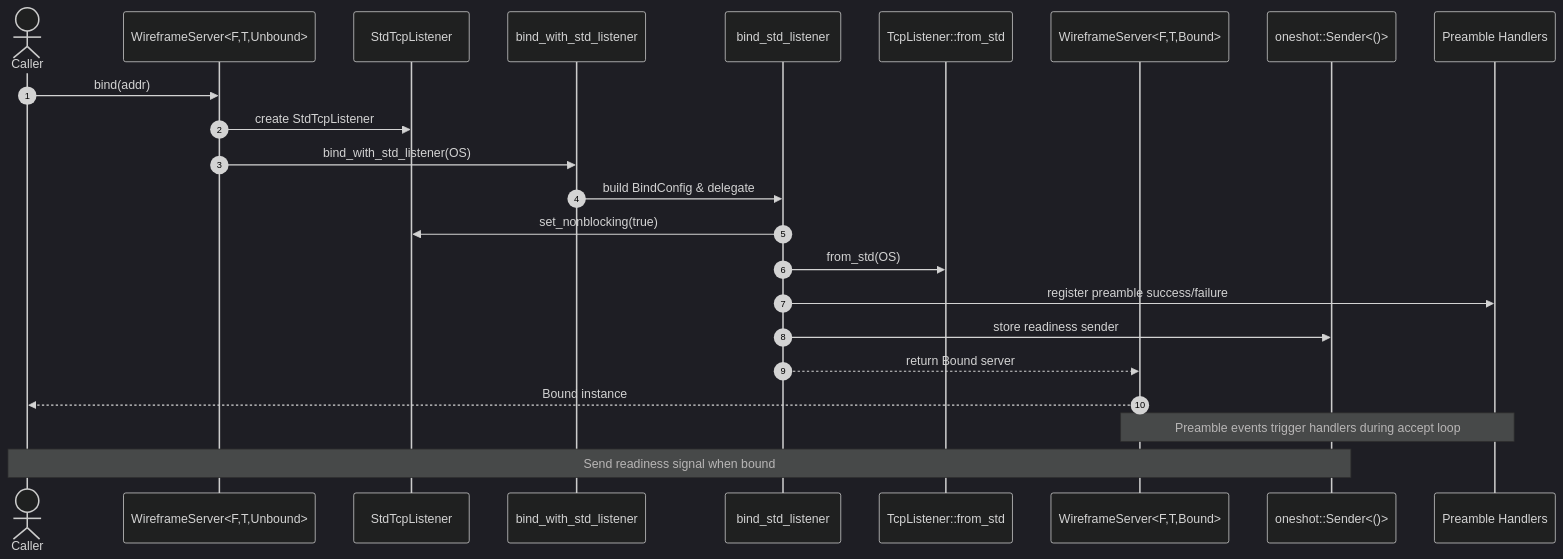
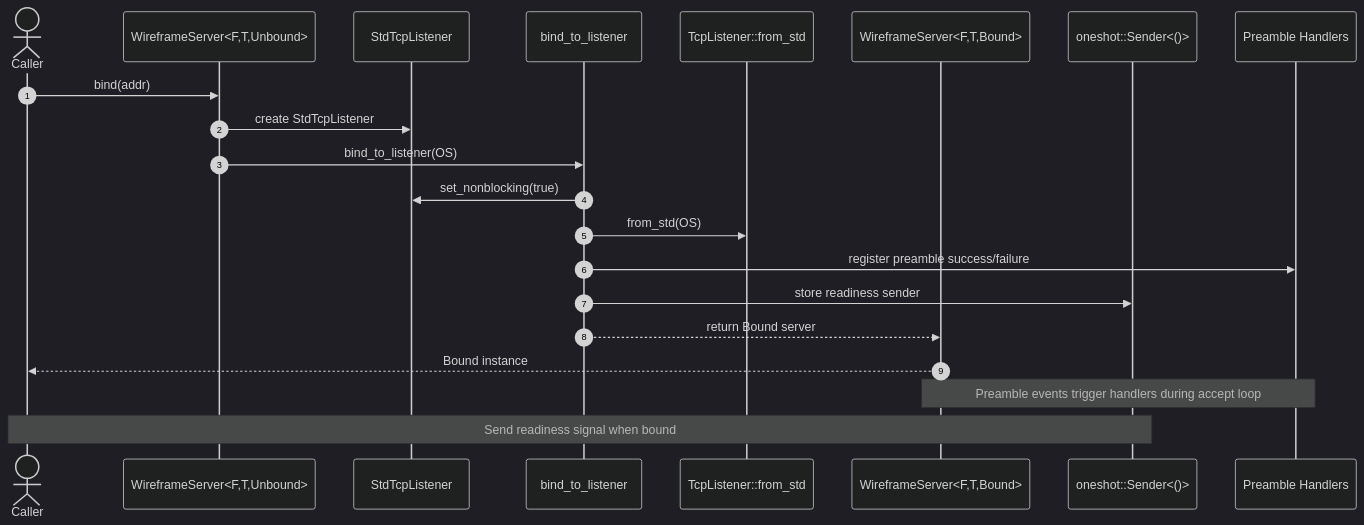
Before and after one commit to leynos/wireframe: the diagram in docs/server/configuration.md, drawn with Mermaid (dark theme). The commit also changed 1 other file, not shown here.

Commit message:
Inline listener binding helper

````diff
--- a/docs/server/configuration.md
+++ b/docs/server/configuration.md
@@ -25,27 +25,25 @@
 ```mermaid
 sequenceDiagram
   autonumber
   actor Caller
   participant WS as WireframeServer<F,T,Unbound>
   participant OS as StdTcpListener
-  participant Helper as bind_with_std_listener
-  participant Bind as bind_std_listener
+  participant Helper as bind_to_listener
   participant Tokio as TcpListener::from_std
   participant WSB as WireframeServer<F,T,Bound>
   participant Ready as oneshot::Sender<()>
   participant Hooks as Preamble Handlers
 
   Caller->>WS: bind(addr)
   WS->>OS: create StdTcpListener
-  WS->>Helper: bind_with_std_listener(OS)
-  Helper->>Bind: build BindConfig & delegate
-  Bind->>OS: set_nonblocking(true)
-  Bind->>Tokio: from_std(OS)
-  Bind->>Hooks: register preamble success/failure
-  Bind->>Ready: store readiness sender
-  Bind-->>WSB: return Bound server
+  WS->>Helper: bind_to_listener(OS)
+  Helper->>OS: set_nonblocking(true)
+  Helper->>Tokio: from_std(OS)
+  Helper->>Hooks: register preamble success/failure
+  Helper->>Ready: store readiness sender
+  Helper-->>WSB: return Bound server
   WSB-->>Caller: Bound instance
 
   note over Hooks,WSB: Preamble events trigger handlers during accept loop
   note over Ready,Caller: Send readiness signal when bound
 ```
````
